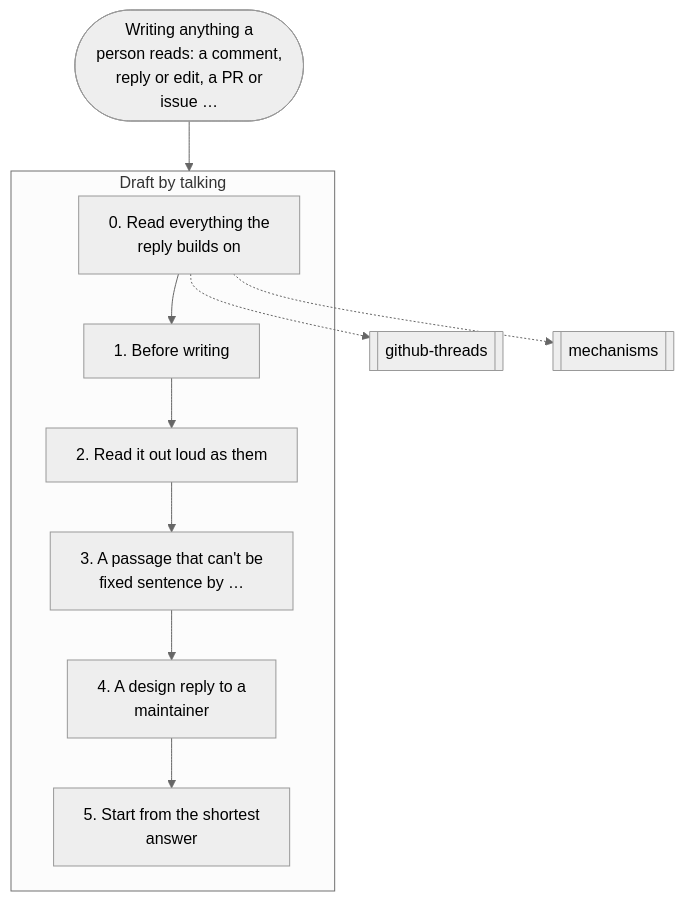
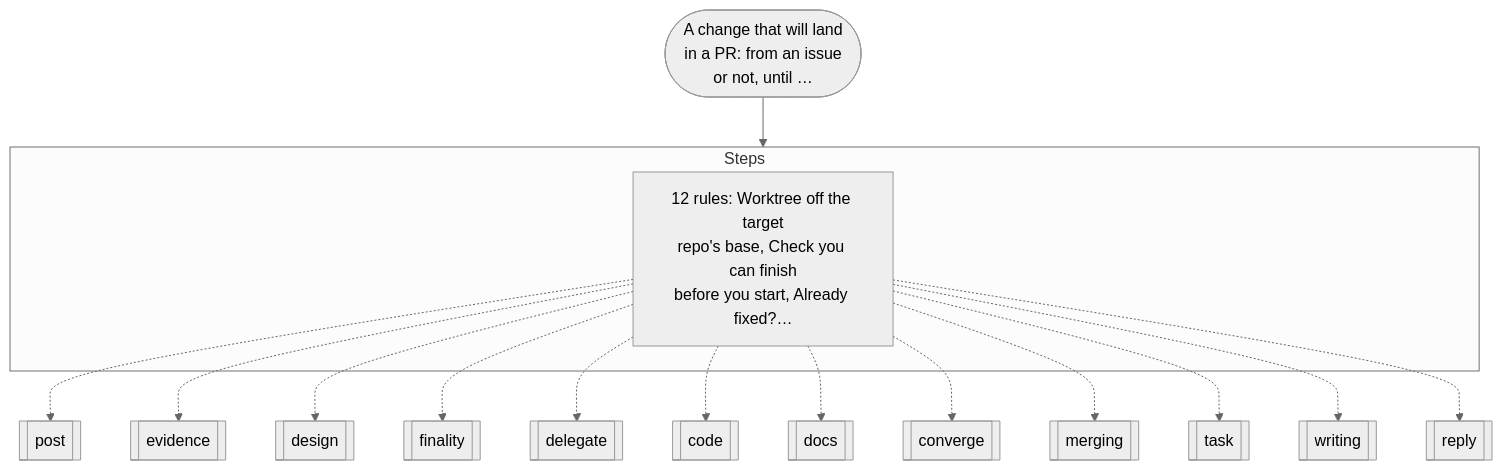
The second of 16 diagrams in docs/graphs.md (nitedani-agent/mergeworthy), drawn with Mermaid (neutral theme) before and after one commit. The commit also changed other lines of this file and 60 other files, not shown here.

````diff
--- a/docs/graphs.md
+++ b/docs/graphs.md
@@ -69,20 +51,20 @@
 ```mermaid
 flowchart TB
-  start(["Writing anything a<br/>person reads: a comment,<br/>reply or edit, a PR or<br/>issue …"])
-  subgraph g0["Draft by talking"]
-    s0["0. Read everything the<br/>reply builds on"]
-    s1["1. Before writing"]
-    s0 --> s1
-    s2["2. Read it out loud as them"]
-    s1 --> s2
-    s3["3. A passage that can't be<br/>fixed sentence by …"]
-    s2 --> s3
-    s4["4. A design reply to a<br/>maintainer"]
-    s3 --> s4
-    s5["5. Start from the shortest<br/>answer"]
-    s4 --> s5
+  start(["A change that will land<br/>in a PR: from an issue<br/>or not, until …"])
+  subgraph g0["Steps"]
+    s0["12 rules: Worktree off the target<br/>repo's base, Check you can finish<br/>before you start, Already fixed?…"]
   end
-  s0 -.-> r1[["github-threads"]]
-  s0 -.-> r2[["mechanisms"]]
+  s0 -.-> r1[["post"]]
+  s0 -.-> r2[["evidence"]]
+  s0 -.-> r3[["design"]]
+  s0 -.-> r4[["finality"]]
+  s0 -.-> r5[["delegate"]]
+  s0 -.-> r6[["code"]]
+  s0 -.-> r7[["docs"]]
+  s0 -.-> r8[["converge"]]
+  s0 -.-> r9[["merging"]]
+  s0 -.-> r10[["task"]]
+  s0 -.-> r11[["writing"]]
+  s0 -.-> r12[["reply"]]
   start --> g0
 ```
````
